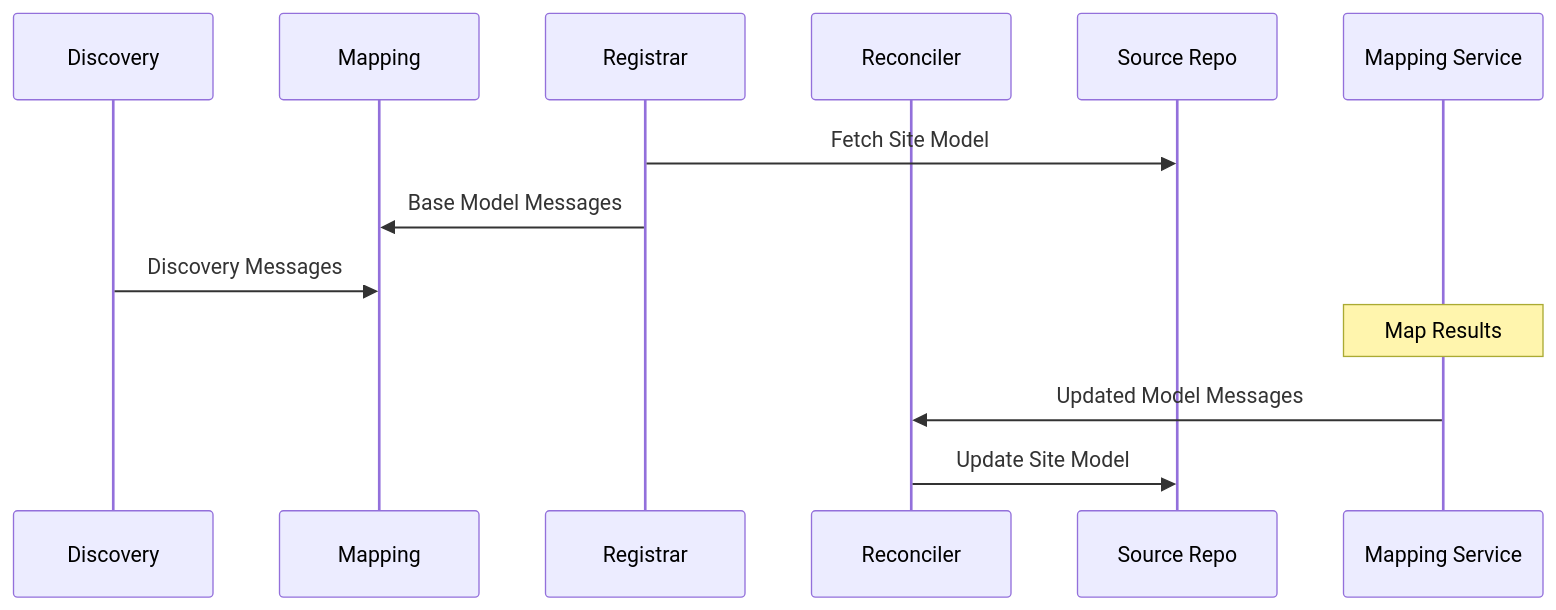
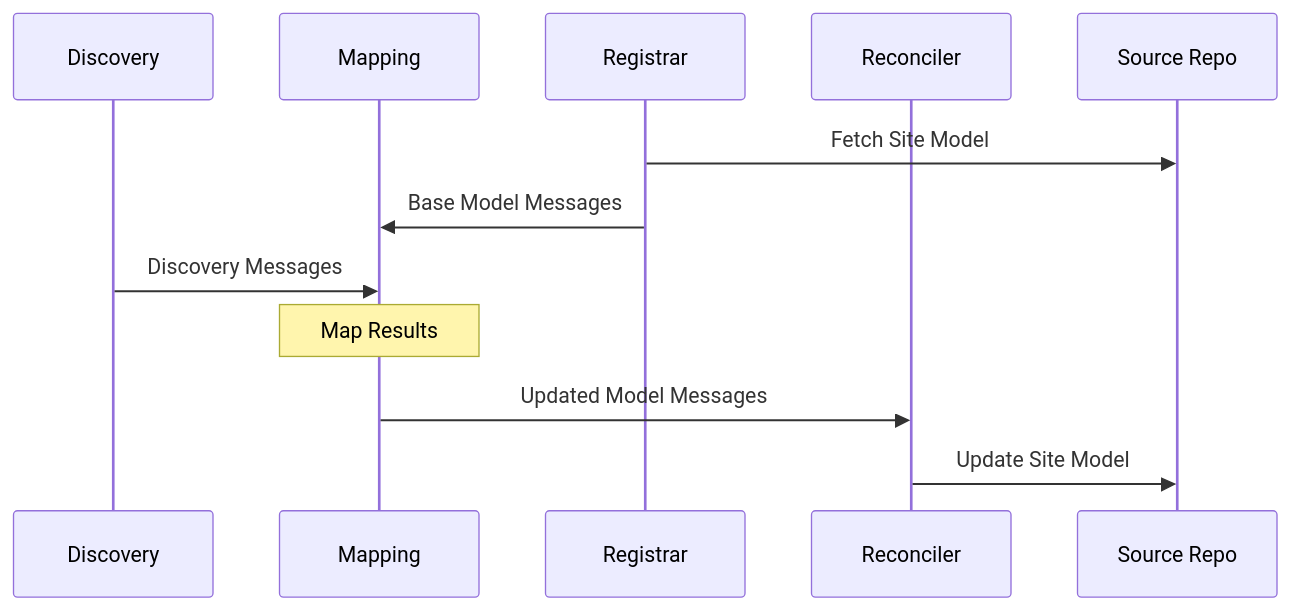
The first of 2 diagrams in docs/specs/mapping.md (faucetsdn/udmi), drawn with Mermaid before and after one commit. The commit also changed other lines of this file and 4 other files, not shown here.

Commit message:
Updating flows

````diff
--- a/docs/specs/mapping.md
+++ b/docs/specs/mapping.md
@@ -22,16 +22,16 @@
 ```mermaid
 sequenceDiagram
   %%{wrap}%%
   participant Discovery
   participant Mapping
   participant Registrar
   participant Reconciler
   participant Source Repo
   
   Registrar->>Source Repo: Fetch Site Model
   Registrar->>Mapping: Base Model Messages
   Discovery->>Mapping: Discovery Messages
-  Note over Mapping Service: Map Results
-  Mapping Service->>Reconciler: Updated Model Messages
+  Note over Mapping: Map Results
+  Mapping->>Reconciler: Updated Model Messages
   Reconciler->>Source Repo: Update Site Model
 ```
````
